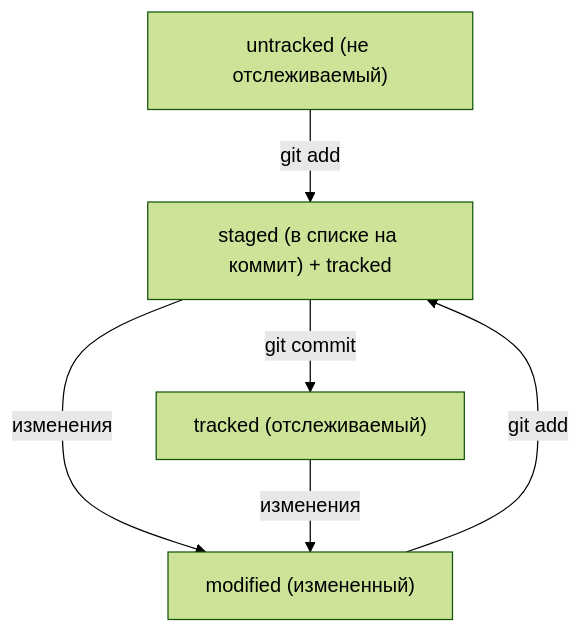
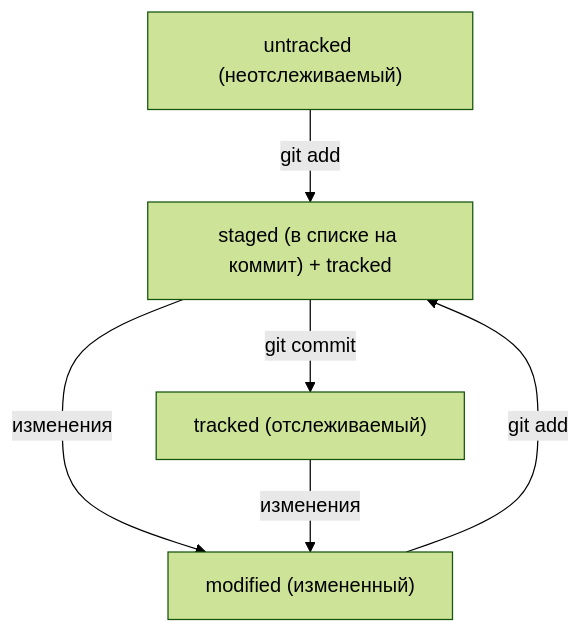
One commit to touge13/GitLifecycleFile changed the diagram in GitLifecycleFile.md. Above: the diagram before and after it, drawn with Mermaid (forest theme).

````diff
--- a/GitLifecycleFile.md
+++ b/GitLifecycleFile.md
@@ -1,9 +1,9 @@
 ```mermaid
 flowchart TD
-    A["untracked (не отслеживаемый)"] -->|git add| B["staged (в списке на коммит) + tracked"]
+    A["untracked (неотслеживаемый)"] -->|git add| B["staged (в списке на коммит) + tracked"]
     B -->|git commit| C["tracked (отслеживаемый)"]
     B -->|изменения| D["modified (измененный)"]
     C -->|изменения| D
     D -->|git add| B
 
 ```
````
